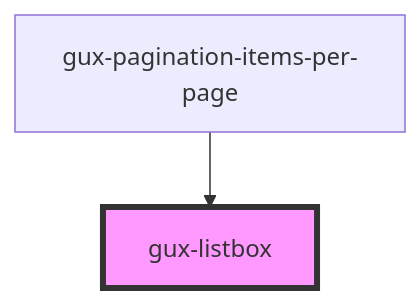
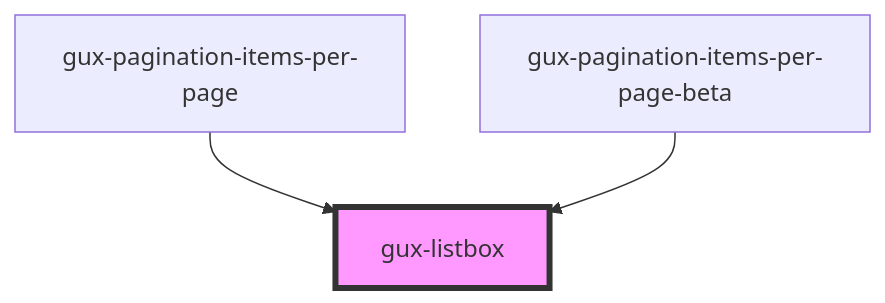
Before and after one commit to MyPureCloud/genesys-spark: the diagram in src/components/beta/gux-listbox/readme.md, drawn with Mermaid. The commit also changed other lines of this file and 99 other files, not shown here.

Commit message:
feat(gux-pagination-beta): created pagination beta component with simple and advanced layout options

````diff
--- a/src/components/beta/gux-listbox/readme.md
+++ b/src/components/beta/gux-listbox/readme.md
@@ -71,5 +72,6 @@
 ```mermaid
 graph TD;
   gux-pagination-items-per-page --> gux-listbox
+  gux-pagination-items-per-page-beta --> gux-listbox
   style gux-listbox fill:#f9f,stroke:#333,stroke-width:4px
 ```
````
